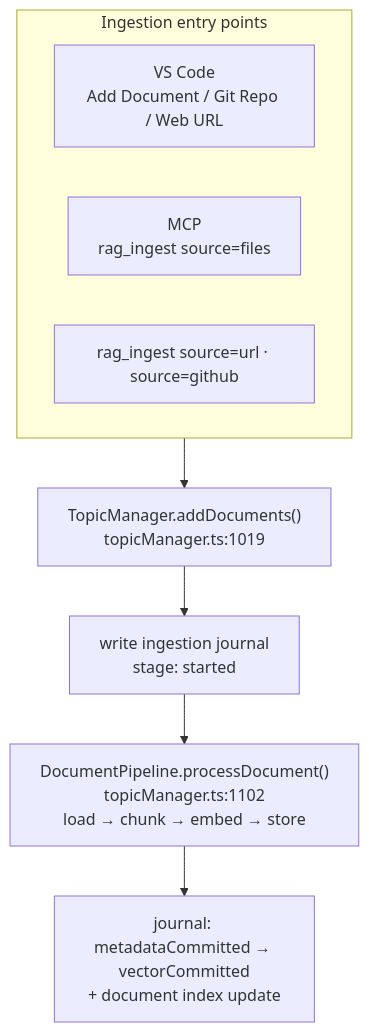
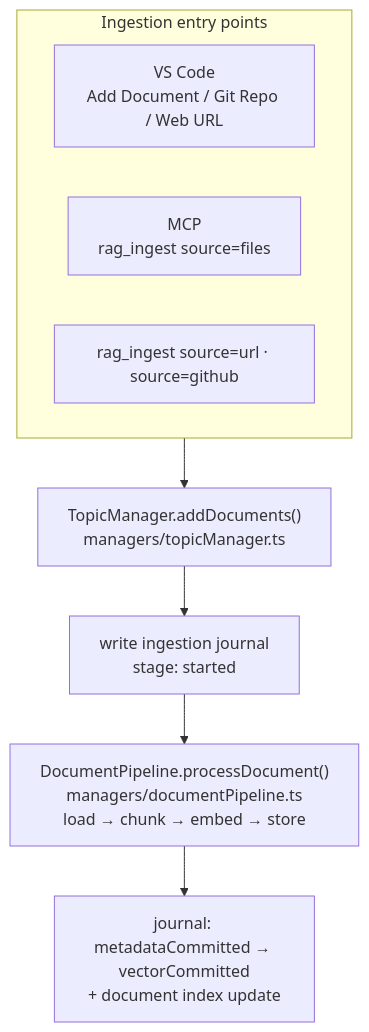
Before and after one commit to hyorman/RAGnarok: the first of 4 diagrams in docs/RETRIEVAL-PIPELINE.md, drawn with Mermaid. The commit also changed other lines of this file and 134 other files, not shown here.

````diff
--- a/docs/RETRIEVAL-PIPELINE.md
+++ b/docs/RETRIEVAL-PIPELINE.md
@@ -16,14 +16,14 @@
 ```mermaid
 flowchart TB
   subgraph entry["Ingestion entry points"]
     vs["VS Code<br/>Add Document / Git Repo / Web URL"]
     mcpl["MCP<br/>rag_ingest source=files"]
     url["rag_ingest source=url · source=github"]
   end
 
-  entry --> TM["TopicManager.addDocuments()<br/>topicManager.ts:1019"]
+  entry --> TM["TopicManager.addDocuments()<br/>managers/topicManager.ts"]
 
   TM --> J1["write ingestion journal<br/>stage: started"]
-  J1 --> PROC["DocumentPipeline.processDocument()<br/>topicManager.ts:1102<br/>load → chunk → embed → store"]
+  J1 --> PROC["DocumentPipeline.processDocument()<br/>managers/documentPipeline.ts<br/>load → chunk → embed → store"]
   PROC --> J2["journal: metadataCommitted → vectorCommitted<br/>+ document index update"]
 ```
````
